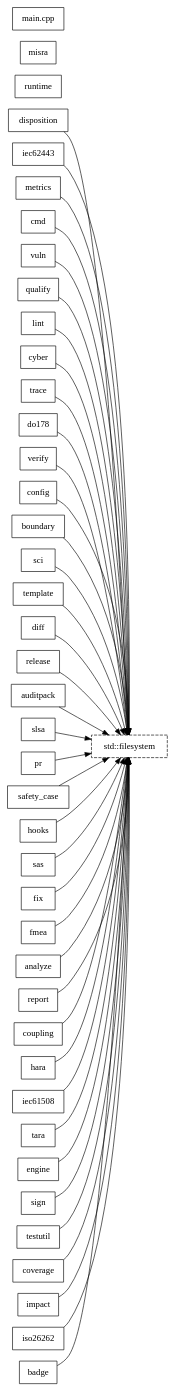
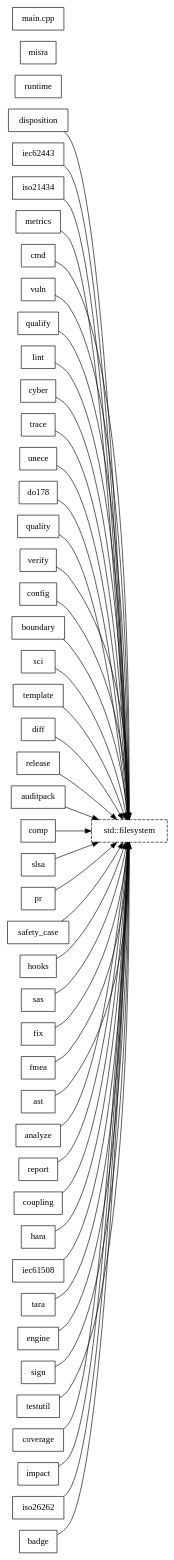
Before and after one commit to SoundMatt/cpp-FuSa: the diagram in boundary.dot, drawn with Graphviz. The commit also changed 23 other files, not shown here.

```diff
--- a/boundary.dot
+++ b/boundary.dot
@@ -1,84 +1,94 @@
 digraph boundary {
     rankdir=LR;
     node [shape=box];
     "disposition";
     "std::filesystem" [style=dashed];
     "iec62443";
+    "iso21434";
     "metrics";
     "cmd";
     "vuln";
     "qualify";
     "lint";
     "cyber";
     "trace";
+    "unece";
     "do178";
+    "quality";
     "verify";
     "config";
     "boundary";
     "sci";
     "runtime";
     "template";
     "diff";
     "release";
     "auditpack";
+    "comp";
     "slsa";
     "pr";
     "safety_case";
     "hooks";
     "sas";
     "fix";
     "misra";
     "fmea";
+    "ast";
     "analyze";
     "report";
     "coupling";
     "hara";
     "iec61508";
     "tara";
     "engine";
     "sign";
     "testutil";
     "main.cpp";
     "coverage";
     "impact";
     "iso26262";
     "badge";
     "disposition" -> "std::filesystem";
     "iec62443" -> "std::filesystem";
+    "iso21434" -> "std::filesystem";
     "metrics" -> "std::filesystem";
     "cmd" -> "std::filesystem";
     "vuln" -> "std::filesystem";
     "qualify" -> "std::filesystem";
     "lint" -> "std::filesystem";
     "cyber" -> "std::filesystem";
     "trace" -> "std::filesystem";
+    "unece" -> "std::filesystem";
     "do178" -> "std::filesystem";
+    "quality" -> "std::filesystem";
     "verify" -> "std::filesystem";
     "config" -> "std::filesystem";
     "boundary" -> "std::filesystem";
     "sci" -> "std::filesystem";
     "template" -> "std::filesystem";
     "diff" -> "std::filesystem";
     "release" -> "std::filesystem";
     "auditpack" -> "std::filesystem";
+    "comp" -> "std::filesystem";
     "slsa" -> "std::filesystem";
     "pr" -> "std::filesystem";
     "safety_case" -> "std::filesystem";
     "hooks" -> "std::filesystem";
     "sas" -> "std::filesystem";
     "fix" -> "std::filesystem";
     "fmea" -> "std::filesystem";
+    "ast" -> "std::filesystem";
     "analyze" -> "std::filesystem";
     "report" -> "std::filesystem";
     "coupling" -> "std::filesystem";
     "hara" -> "std::filesystem";
     "iec61508" -> "std::filesystem";
     "tara" -> "std::filesystem";
     "engine" -> "std::filesystem";
     "sign" -> "std::filesystem";
     "testutil" -> "std::filesystem";
     "coverage" -> "std::filesystem";
     "impact" -> "std::filesystem";
     "iso26262" -> "std::filesystem";
     "badge" -> "std::filesystem";
 }
```
